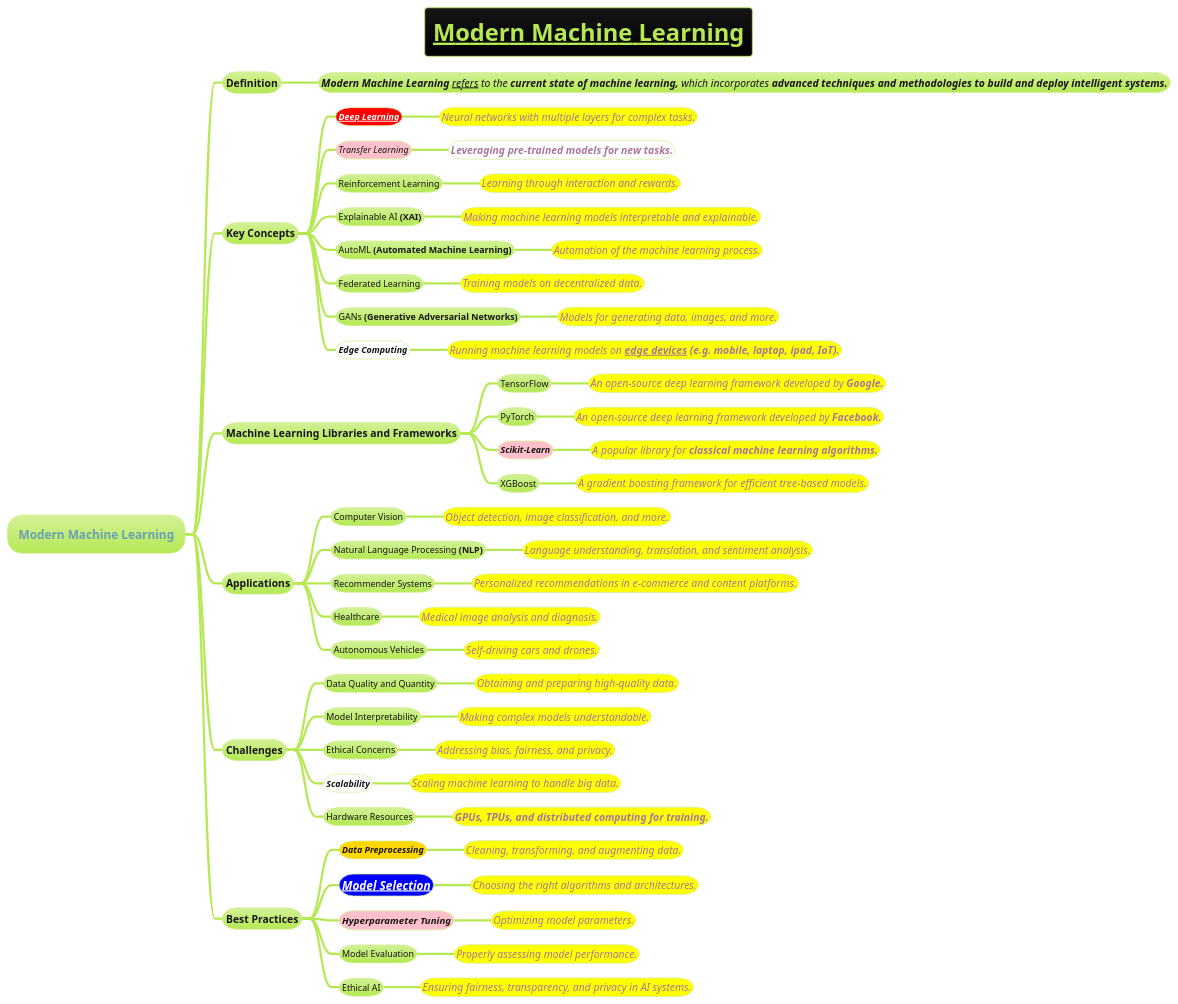
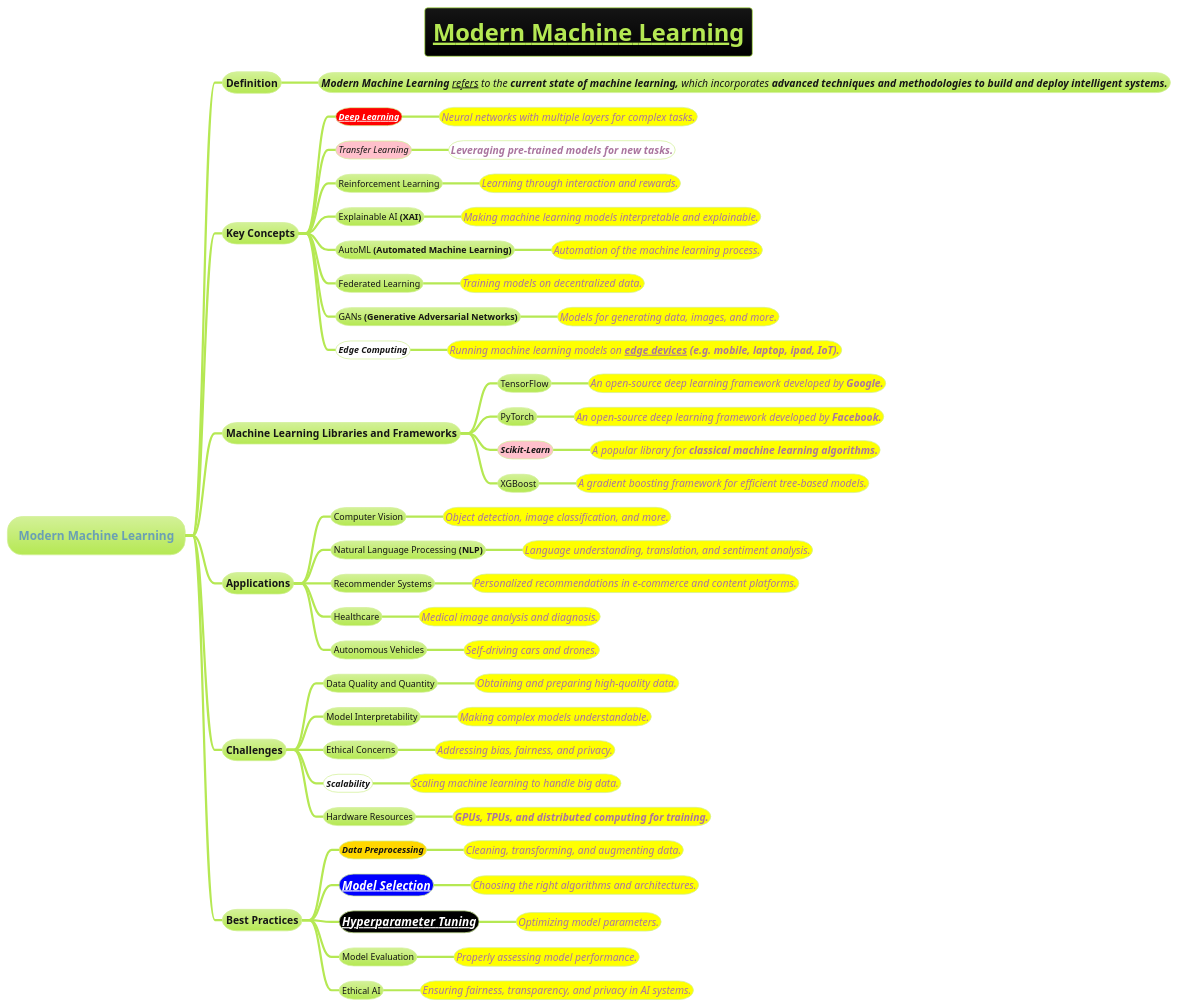
One commit to MehmoodHashmi/Documentation-as-Code-DaC changed the diagram in docs/AI-ML- DL-Data-Science-and-BigData/machine-learning-ML/Modern-Machine-Learning.puml. Above: the diagram before and after it, drawn with PlantUML. The commit also changed 5 other files, not shown here.

```diff
--- a/docs/AI-ML- DL-Data-Science-and-BigData/machine-learning-ML/Modern-Machine-Learning.puml
+++ b/docs/AI-ML- DL-Data-Science-and-BigData/machine-learning-ML/Modern-Machine-Learning.puml
@@ -1,73 +1,73 @@
 @startmindmap
 title =**__Modern Machine Learning__**
 !theme hacker
 
 * Modern Machine Learning
 ** Definition
 *** ====<size:14>**Modern Machine Learning** __refers__ to the **current state of machine learning,** which incorporates **advanced techniques and methodologies to build and deploy intelligent systems.**
 
 ** Key Concepts
 ***[#red] ====**[[3-deep-learning-DL/Deep-Learning.puml Deep Learning]]**
 ****[#yellow] ====<size:14>Neural networks with multiple layers for complex tasks.
 ***[#pink] ====Transfer Learning
 ****[#white] ====<size:14>**Leveraging pre-trained models for new tasks.**
 *** Reinforcement Learning
 ****[#yellow] ====<size:14>Learning through interaction and rewards.
 *** Explainable AI **(XAI)**
 ****[#yellow] ====<size:14>Making machine learning models interpretable and explainable.
 *** AutoML **(Automated Machine Learning)**
 ****[#yellow] ====<size:14>Automation of the machine learning process.
 *** Federated Learning
 ****[#yellow] ====<size:14>Training models on decentralized data.
 *** GANs **(Generative Adversarial Networks)**
 ****[#yellow] ====<size:14>Models for generating data, images, and more.
 ***[#white] ====**Edge Computing**
 ****[#yellow] ====<size:14>Running machine learning models on __**edge devices**__ **(e.g. mobile, laptop, ipad, IoT).**
 
 ** Machine Learning Libraries and Frameworks
 *** TensorFlow
 ****[#yellow] ====<size:14>An open-source deep learning framework developed by **Google.**
 *** PyTorch
 ****[#yellow] ====<size:14>An open-source deep learning framework developed by **Facebook.**
 ***[#pink] ====**Scikit-Learn**
 ****[#yellow] ====<size:14>A popular library for **classical machine learning algorithms.**
 *** XGBoost
 ****[#yellow] ====<size:14>A gradient boosting framework for efficient tree-based models.
 
 ** Applications
 *** Computer Vision
 ****[#yellow] ====<size:14>Object detection, image classification, and more.
 *** Natural Language Processing **(NLP)**
 ****[#yellow] ====<size:14>Language understanding, translation, and sentiment analysis.
 *** Recommender Systems
 ****[#yellow] ====<size:14>Personalized recommendations in e-commerce and content platforms.
 *** Healthcare
 ****[#yellow] ====<size:14>Medical image analysis and diagnosis.
 *** Autonomous Vehicles
 ****[#yellow] ====<size:14>Self-driving cars and drones.
 
 ** Challenges
 *** Data Quality and Quantity
 ****[#yellow] ====<size:14>Obtaining and preparing high-quality data.
 *** Model Interpretability
 ****[#yellow] ====<size:14>Making complex models understandable.
 *** Ethical Concerns
 ****[#yellow] ====<size:14>Addressing bias, fairness, and privacy.
 ***[#white] ====**Scalability**
 ****[#yellow] ====<size:14>Scaling machine learning to handle big data.
 *** Hardware Resources
 ****[#yellow] ====<size:14>**GPUs, TPUs, and distributed computing for training.**
 
 ** Best Practices
 ***[#gold] ====**Data Preprocessing**
 ****[#yellow] ====<size:14>Cleaning, transforming, and augmenting data.
 ***[#blue] ====<size:16>**[[3-deep-learning-DL/how-to/Criteria-to-Select-a-Network-Architecture.puml Model Selection]]**
 ****[#yellow] ====<size:14>Choosing the right algorithms and architectures.
-***[#pink] ====<size:13>**Hyperparameter Tuning**
+***[#black] ====<size:16>**[[3-deep-learning-DL/Hyperparameter-Tuning.puml Hyperparameter Tuning]]**
 ****[#yellow] ====<size:14>Optimizing model parameters.
 *** Model Evaluation
 ****[#yellow] ====<size:14>Properly assessing model performance.
 *** Ethical AI
 ****[#yellow] ====<size:14>Ensuring fairness, transparency, and privacy in AI systems.
 
 @endmindmap
```
